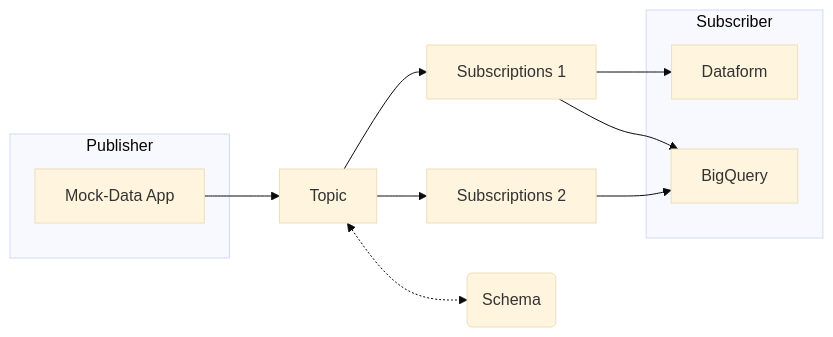
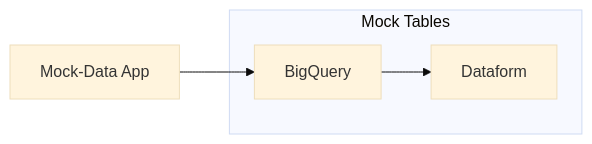
One commit to 2RP-Squad404/mdg_script changed the diagram in README.md. Above: the diagram before and after it, drawn with Mermaid (base theme).

Commit message:
:books: docs: update readme

````diff
--- a/README.md
+++ b/README.md
@@ -18,26 +18,13 @@
 ```mermaid
 graph LR
 
-    subgraph Publisher
-        o1[Mock-Data App]
-    end
+    o1[Mock-Data App]
 
-    o2[Topic]
-    o5[Subscriptions 1]
-    o6[Subscriptions 2]
-    o7(Schema)
-
-    subgraph Subscriber
+    subgraph Mock Tables
         o3[BigQuery]
         o4[Dataform]
     end
 
-    o1 --> o2
-    o2 --> o5
-    o2 --> o6
-
-    o5 --> o4
-    o5 --> o3
-    o6 --> o3
-    o2 <-.-> o7
+    o1 --> o3
+    o3 --> o4
 ```
````
